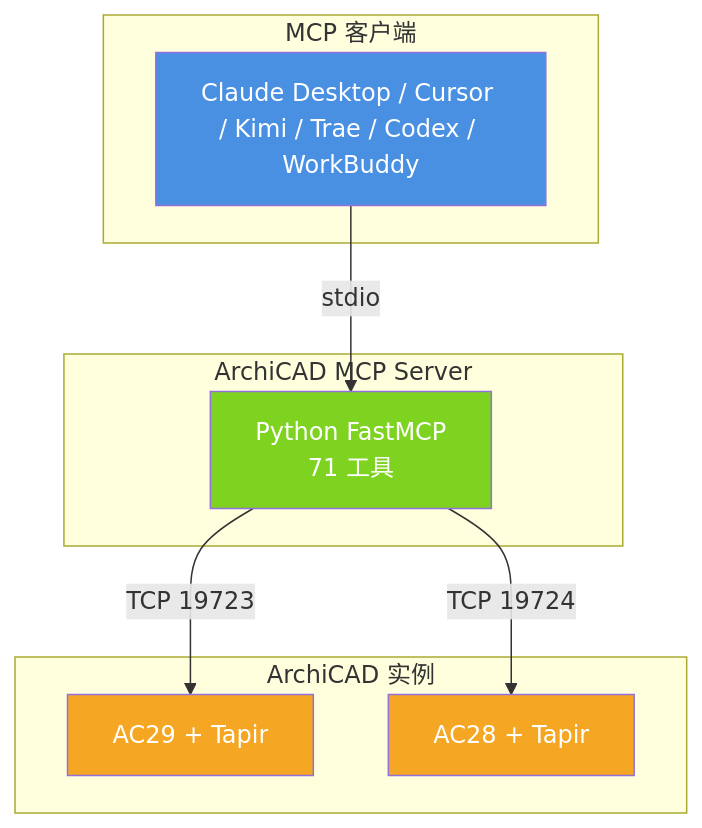
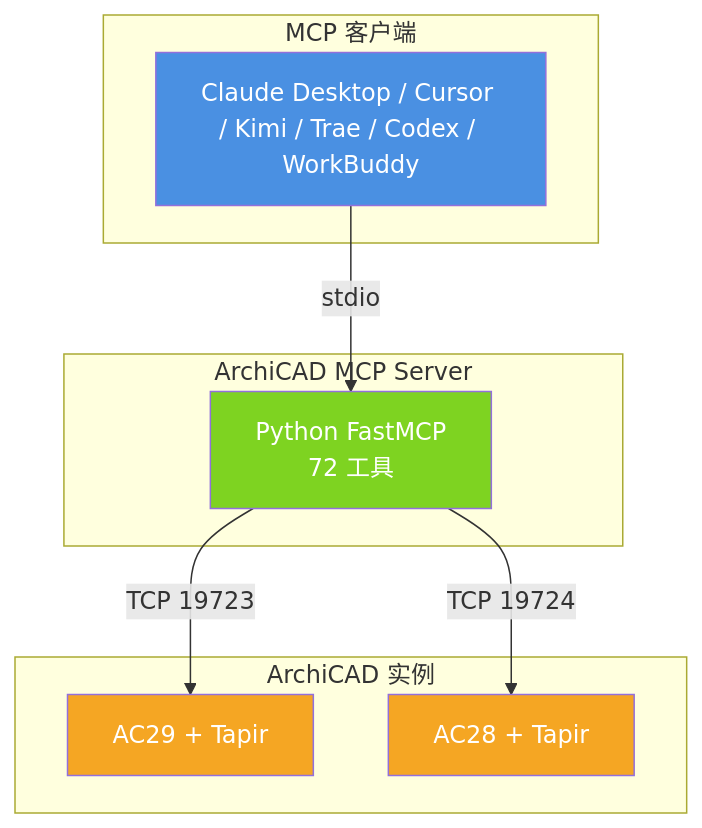
Before and after one commit to archilau0315/archilinkai: the diagram in readme.md, drawn with Mermaid. The commit also changed other lines of this file and 23 other files, not shown here.

````diff
--- a/readme.md
+++ b/readme.md
@@ -63,20 +63,20 @@
 ```mermaid
 flowchart TB
     subgraph Client["MCP 客户端"]
         C[Claude Desktop / Cursor / Kimi / Trae / Codex / WorkBuddy]
     end
     subgraph Server["ArchiCAD MCP Server"]
-        S[Python FastMCP<br/>71 工具]
+        S[Python FastMCP<br/>72 工具]
     end
     subgraph AC["ArchiCAD 实例"]
         A1[AC29 + Tapir]
         A2[AC28 + Tapir]
     end
     C -->|stdio| S
     S -->|TCP 19723| A1
     S -->|TCP 19724| A2
     style C fill:#4a90e2,color:#fff
     style S fill:#7ed321,color:#fff
     style A1 fill:#f5a623,color:#fff
     style A2 fill:#f5a623,color:#fff
 ```
````
